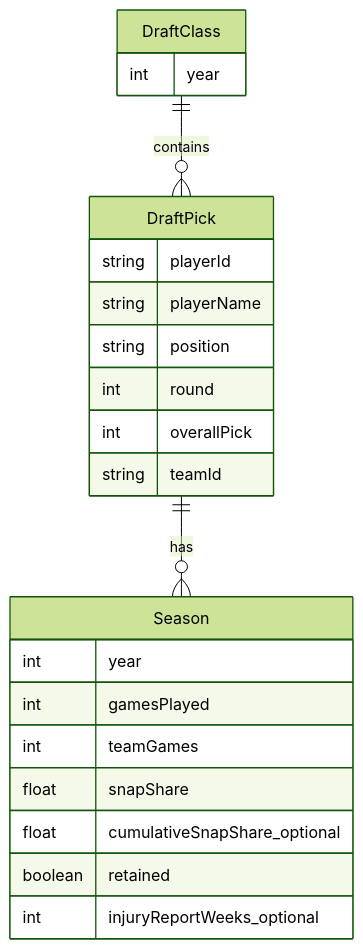
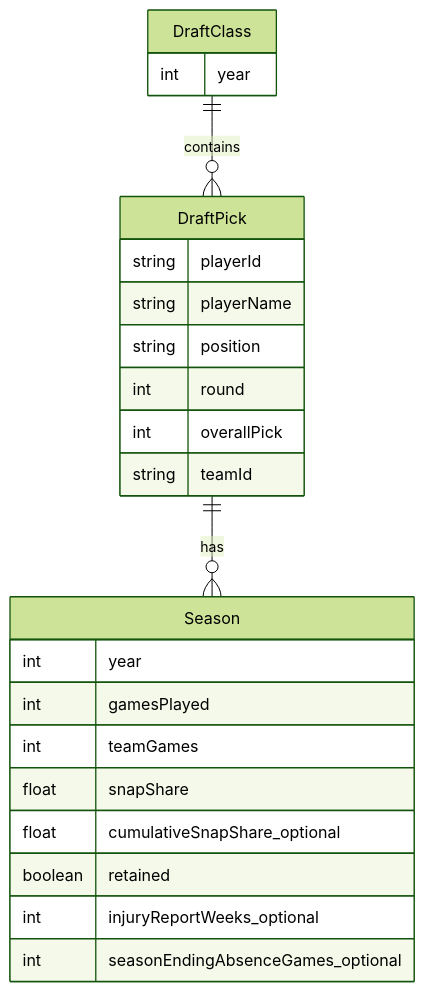
One commit to ttu/nfl-draft-success changed the diagram in docs/datamodel.md. Above: the diagram before and after it, drawn with Mermaid (forest theme). The commit also changed other lines of this file and 23 other files, not shown here.

````diff
--- a/docs/datamodel.md
+++ b/docs/datamodel.md
@@ -7,28 +7,29 @@
 ```mermaid
 erDiagram
     DraftClass ||--o{ DraftPick : contains
     DraftPick ||--o{ Season : has
 
     DraftClass {
         int year
     }
 
     DraftPick {
         string playerId
         string playerName
         string position
         int round
         int overallPick
         string teamId
     }
 
     Season {
         int year
         int gamesPlayed
         int teamGames
         float snapShare
         float cumulativeSnapShare_optional
         boolean retained
         int injuryReportWeeks_optional
+        int seasonEndingAbsenceGames_optional
     }
 ```
````
